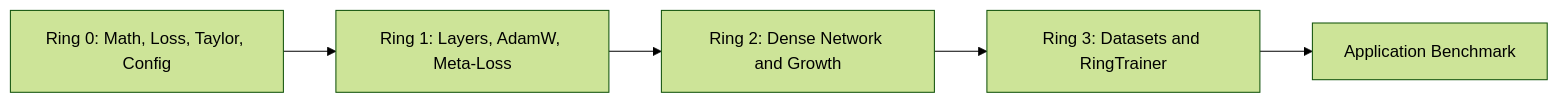
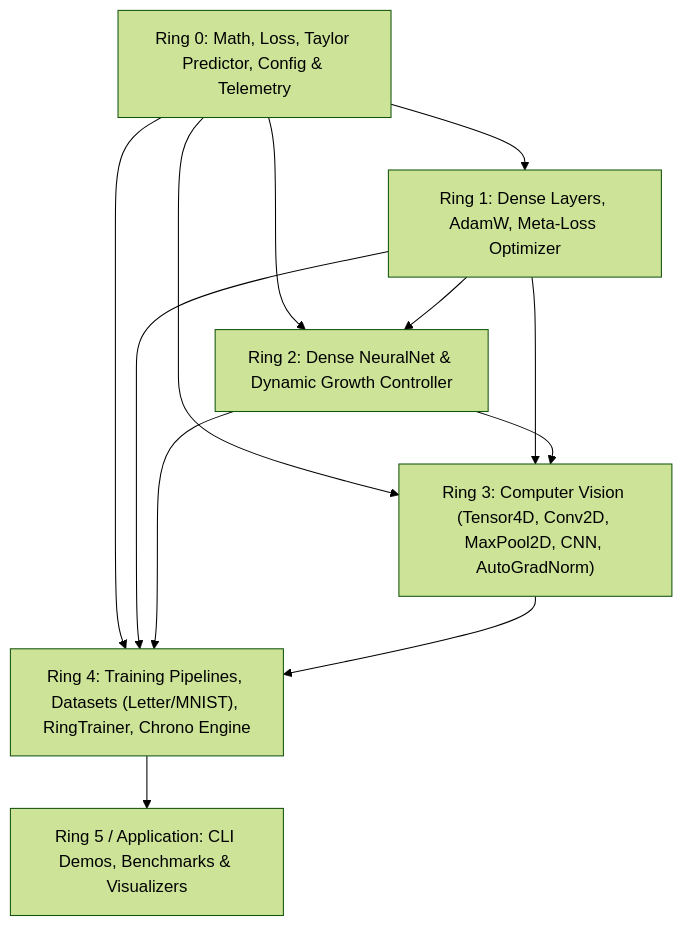
The diagram in NeuralNet Obsidian/00 - Overview & Architecture/Ring Dependency Hierarchy.md (Heaplyn/NeuralNet), drawn with Mermaid (forest theme) before and after one commit. The commit also changed other lines of this file and 64 other files, not shown here.

Commit message:
Implement Ring 3 CNN with Taylor foresight, Meta-LR, mistake memory sizing, and auto gradient normalization; shift pipelines to Ring 4

````diff
--- a/NeuralNet Obsidian/00 - Overview & Architecture/Ring Dependency Hierarchy.md
+++ b/NeuralNet Obsidian/00 - Overview & Architecture/Ring Dependency Hierarchy.md
@@ -13,7 +20,14 @@
 ```mermaid
-flowchart LR
-    R0[Ring 0: Math, Loss, Taylor, Config] --> R1[Ring 1: Layers, AdamW, Meta-Loss]
-    R1 --> R2[Ring 2: Dense Network and Growth]
-    R2 --> R3[Ring 3: Datasets and RingTrainer]
-    R3 --> APP[Application Benchmark]
+flowchart TD
+    R0["Ring 0: Math, Loss, Taylor Predictor, Config & Telemetry"] --> R1["Ring 1: Dense Layers, AdamW, Meta-Loss Optimizer"]
+    R0 --> R2
+    R1 --> R2["Ring 2: Dense NeuralNet & Dynamic Growth Controller"]
+    R0 --> R3
+    R1 --> R3
+    R2 --> R3["Ring 3: Computer Vision (Tensor4D, Conv2D, MaxPool2D, CNN, AutoGradNorm)"]
+    R0 --> R4
+    R1 --> R4
+    R2 --> R4
+    R3 --> R4["Ring 4: Training Pipelines, Datasets (Letter/MNIST), RingTrainer, Chrono Engine"]
+    R4 --> APP["Ring 5 / Application: CLI Demos, Benchmarks & Visualizers"]
 ```
````
